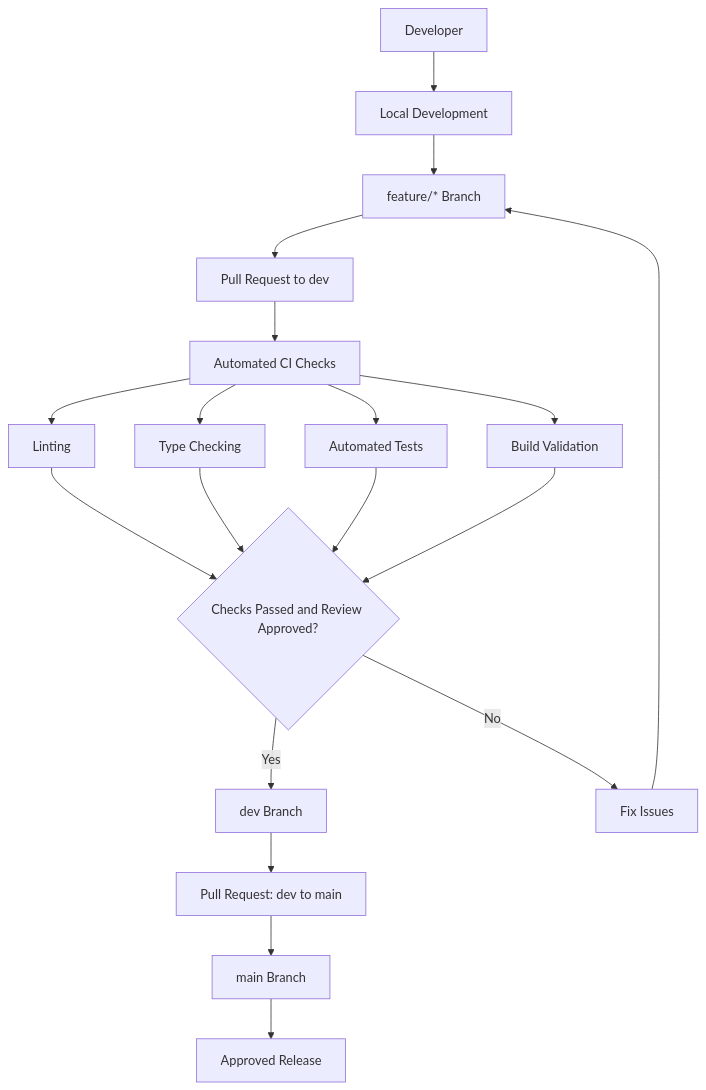
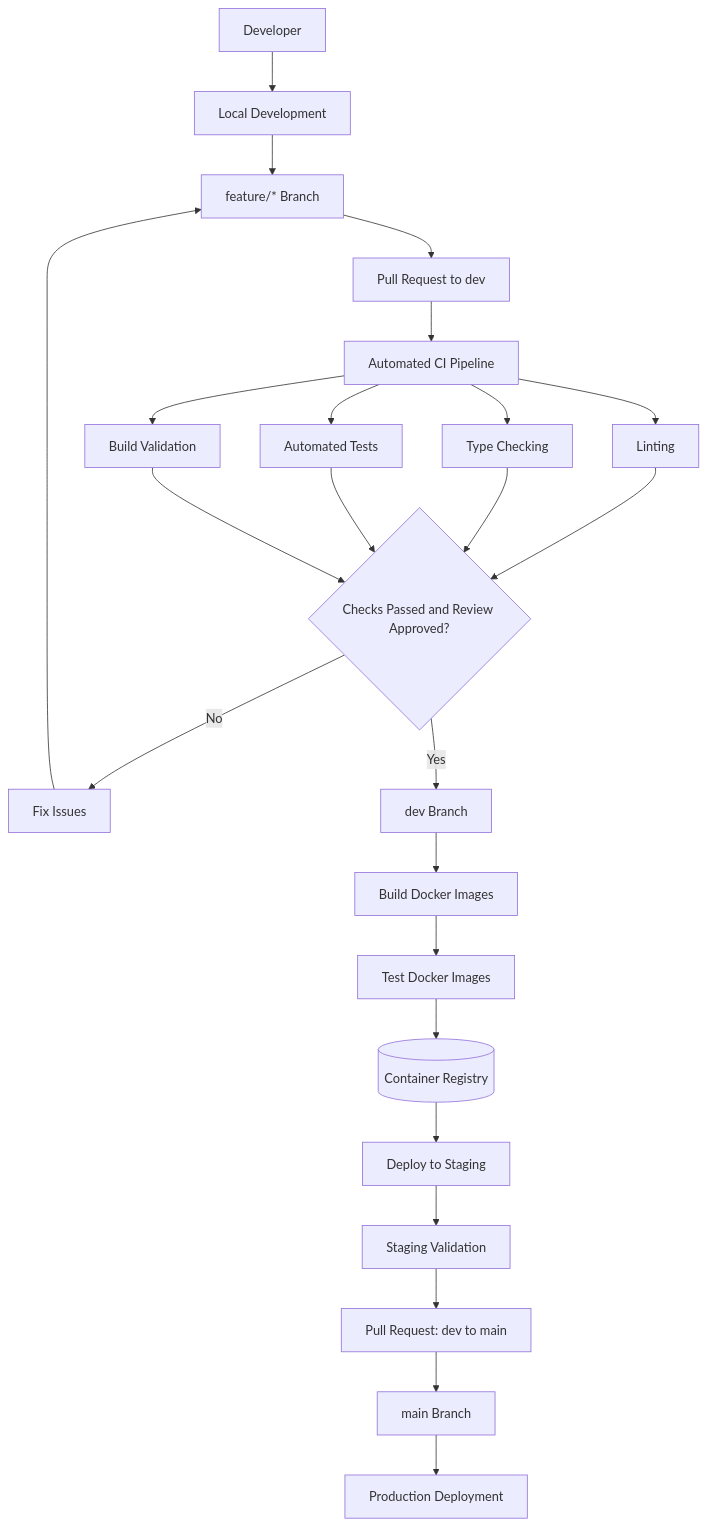
One commit to HarshSalvi07/Elixer changed the diagram in docs/diagrams/06-infrastructure/ci-cd-and-git-branching.md. Above: the diagram before and after it, drawn with Mermaid. The commit also changed other lines of this file, not shown here.

Commit message:
test(diagrams): testing for diagram additions

````diff
--- a/docs/diagrams/06-infrastructure/ci-cd-and-git-branching.md
+++ b/docs/diagrams/06-infrastructure/ci-cd-and-git-branching.md
@@ -6,46 +6,58 @@
 ```mermaid
 flowchart TD
     DEV["Developer"]
     LOCAL["Local Development"]
     FEATURE["feature/* Branch"]
-    DEV_BRANCH["dev Branch"]
     PR_DEV["Pull Request to dev"]
 
-    CI["Automated CI Checks"]
+    CI["Automated CI Pipeline"]
     LINT["Linting"]
     TYPE["Type Checking"]
     TEST["Automated Tests"]
     BUILD["Build Validation"]
 
     REVIEW{"Checks Passed and Review Approved?"}
     FIX["Fix Issues"]
 
+    DEV_BRANCH["dev Branch"]
+    DOCKER["Build Docker Images"]
+    IMAGE_TEST["Test Docker Images"]
+    REGISTRY[("Container Registry")]
+
+    STAGING["Deploy to Staging"]
+    STAGE_TEST["Staging Validation"]
+
+    RELEASE_PR["Pull Request: dev to main"]
     MAIN["main Branch"]
-    RELEASE_PR["Pull Request: dev to main"]
-    RELEASE["Approved Release"]
+    PROD["Production Deployment"]
 
     DEV --> LOCAL
     LOCAL --> FEATURE
     FEATURE --> PR_DEV
-
     PR_DEV --> CI
 
     CI --> LINT
     CI --> TYPE
     CI --> TEST
     CI --> BUILD
 
     LINT --> REVIEW
     TYPE --> REVIEW
     TEST --> REVIEW
     BUILD --> REVIEW
 
     REVIEW -->|No| FIX
     FIX --> FEATURE
 
     REVIEW -->|Yes| DEV_BRANCH
+    DEV_BRANCH --> DOCKER
 
-    DEV_BRANCH --> RELEASE_PR
+    DOCKER --> IMAGE_TEST
+    IMAGE_TEST --> REGISTRY
+    REGISTRY --> STAGING
+    STAGING --> STAGE_TEST
+
+    STAGE_TEST --> RELEASE_PR
     RELEASE_PR --> MAIN
-    MAIN --> RELEASE
+    MAIN --> PROD
 ```
````
